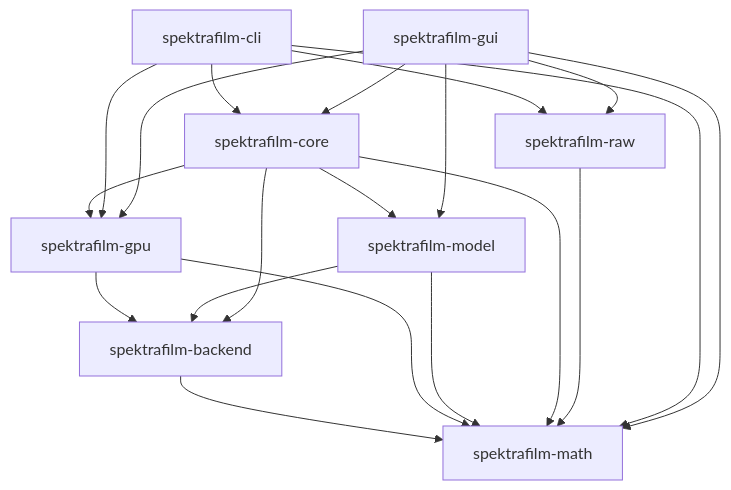
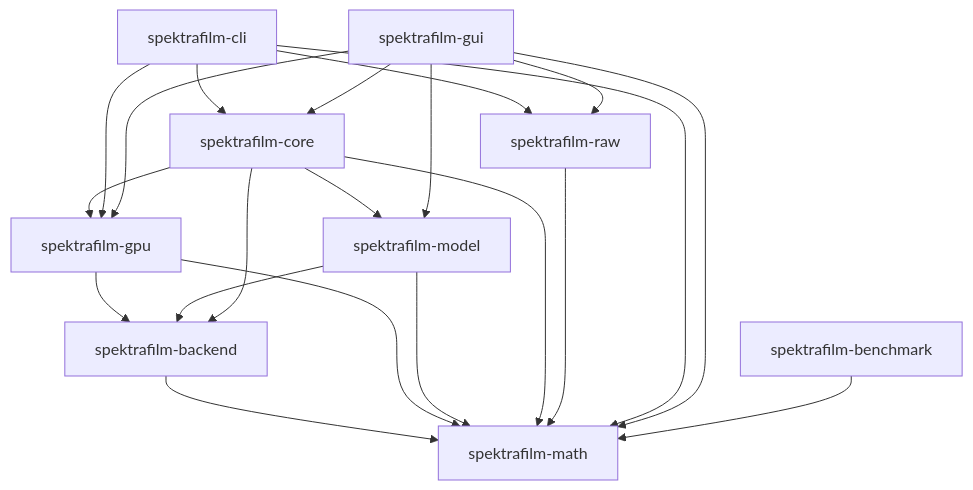
Before and after one commit to suraciii/spektrafilm-rs: the diagram in specs/compute-backend/design.md, drawn with Mermaid. The commit also changed other lines of this file and 2 other files, not shown here.

````diff
--- a/specs/compute-backend/design.md
+++ b/specs/compute-backend/design.md
@@ -33,31 +33,33 @@
 ```mermaid
 graph TD
     math[spektrafilm-math]
     backend[spektrafilm-backend]
     gpu[spektrafilm-gpu]
     core[spektrafilm-core]
     model[spektrafilm-model]
     raw[spektrafilm-raw]
     cli[spektrafilm-cli]
     gui[spektrafilm-gui]
+    bench[spektrafilm-benchmark]
 
     backend --> math
     gpu --> backend
     gpu --> math
     model --> backend
     model --> math
     core --> backend
     core --> gpu
     core --> math
     core --> model
     raw --> math
     cli --> core
     cli --> gpu
     cli --> math
     cli --> raw
     gui --> core
     gui --> gpu
     gui --> math
     gui --> model
     gui --> raw
+    bench --> math
 ```
````
